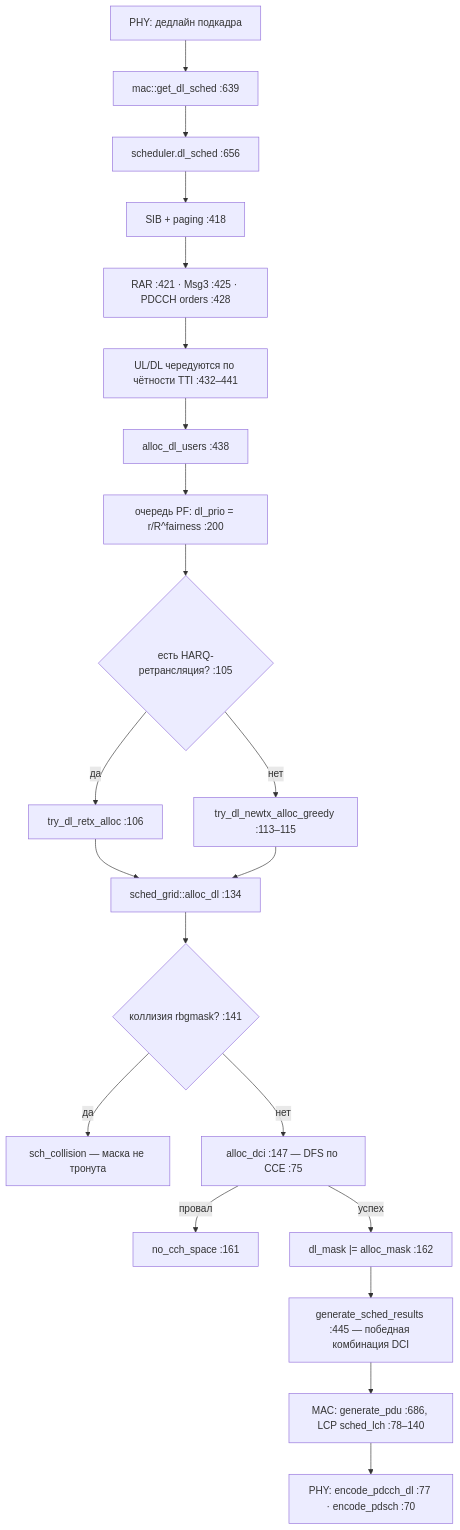
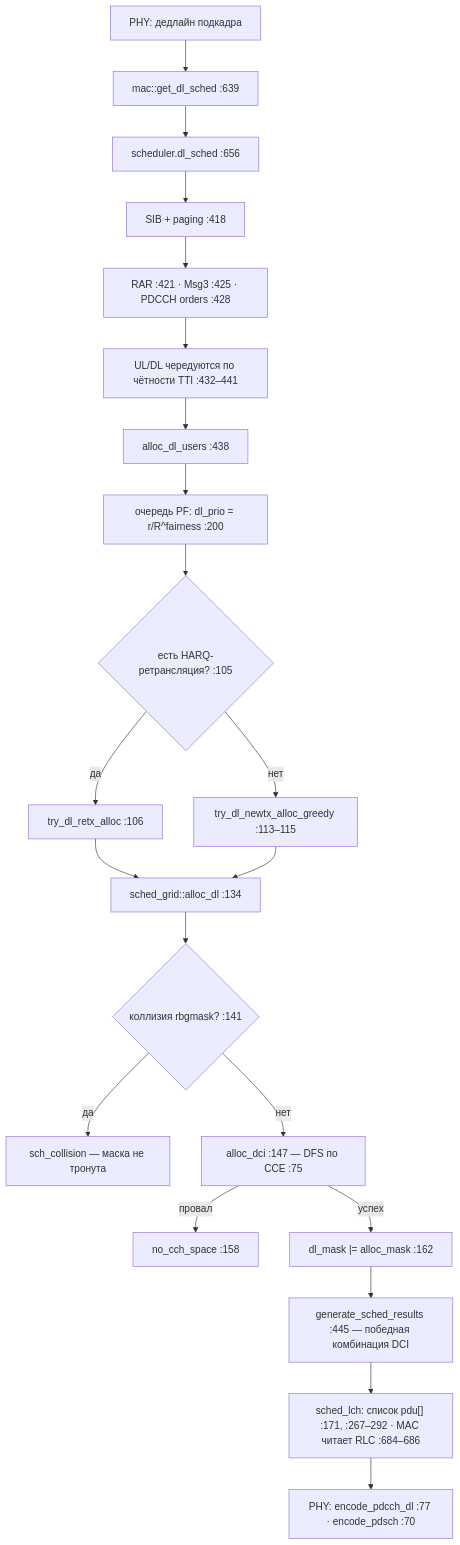
The first of 5 diagrams in weeks/docs/week_03_report.md (dokbrawn/REC-S5), drawn with Mermaid before and after one commit. The commit also changed other lines of this file and 5 other files, not shown here.

````diff
--- a/weeks/docs/week_03_report.md
+++ b/weeks/docs/week_03_report.md
@@ -110,23 +121,23 @@
 ```mermaid
 flowchart TD
     A["PHY: дедлайн подкадра"] --> B["mac::get_dl_sched :639"]
     B --> C["scheduler.dl_sched :656"]
     C --> D["SIB + paging :418"]
     D --> E["RAR :421 · Msg3 :425 · PDCCH orders :428"]
     E --> F["UL/DL чередуются по чётности TTI :432–441"]
     F --> G["alloc_dl_users :438"]
     G --> H["очередь PF: dl_prio = r/R^fairness :200"]
     H --> I{"есть HARQ-ретрансляция? :105"}
     I -->|да| J["try_dl_retx_alloc :106"]
     I -->|нет| K["try_dl_newtx_alloc_greedy :113–115"]
     J --> L["sched_grid::alloc_dl :134"]
     K --> L
     L --> M{"коллизия rbgmask? :141"}
     M -->|да| N["sch_collision — маска не тронута"]
     M -->|нет| O["alloc_dci :147 — DFS по CCE :75"]
-    O -->|провал| P["no_cch_space :161"]
+    O -->|провал| P["no_cch_space :158"]
     O -->|успех| Q["dl_mask |= alloc_mask :162"]
     Q --> R["generate_sched_results :445 — победная комбинация DCI"]
-    R --> S["MAC: generate_pdu :686, LCP sched_lch :78–140"]
+    R --> S["sched_lch: список pdu[] :171, :267–292 · MAC читает RLC :684–686"]
     S --> T["PHY: encode_pdcch_dl :77 · encode_pdsch :70"]
 ```
````
